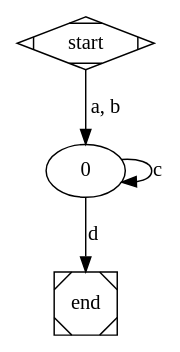
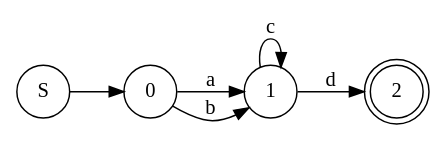
The diagram in solution/task3.gv (nsu-syspro/mpt-markup-basics-Nick-Dvesty), drawn with Graphviz before and after one commit.

```diff
--- a/solution/task3.gv
+++ b/solution/task3.gv
@@ -1,9 +1,17 @@
 digraph G {
+    rankdir=LR;
+    size="8,5"
 
-  start -> 0[label="a, b"];
-  0 -> 0[label="c"];
-  0 -> end[label="d"];
+    // Указываем состояния
+    node [shape=circle];
+    q0 [label="S"]; // Начальное состояние
+    q1 [label="0"];
+    q2 [label="1"];
+    q3 [label="2" shape=doublecircle];
 
-  start [shape=Mdiamond];
-  end [shape=Msquare];
+    q0 -> q1;
+    q1 -> q2 [label="a"];
+    q1 -> q2 [label="b"];
+    q2 -> q2 [label="c"];
+    q2 -> q3 [label="d"];
 }
```
